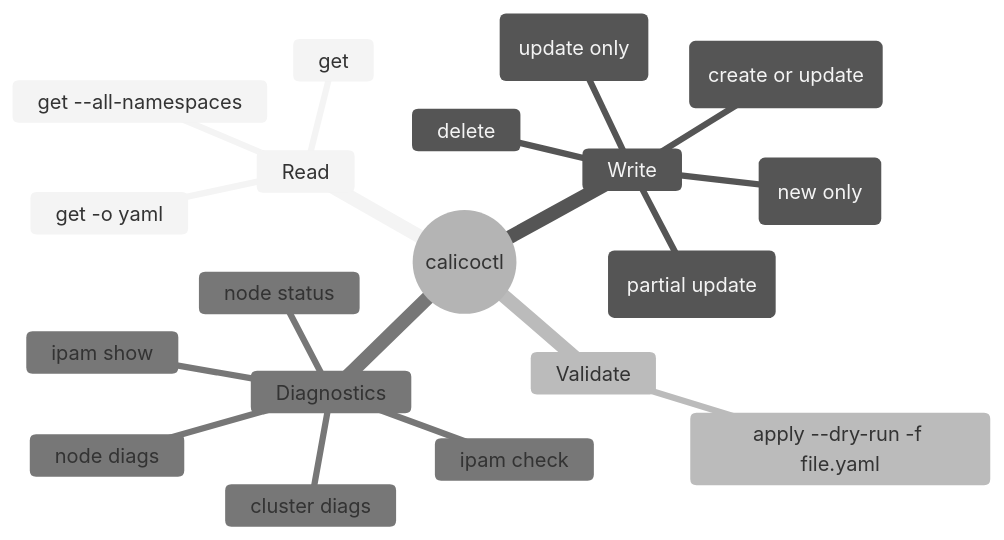
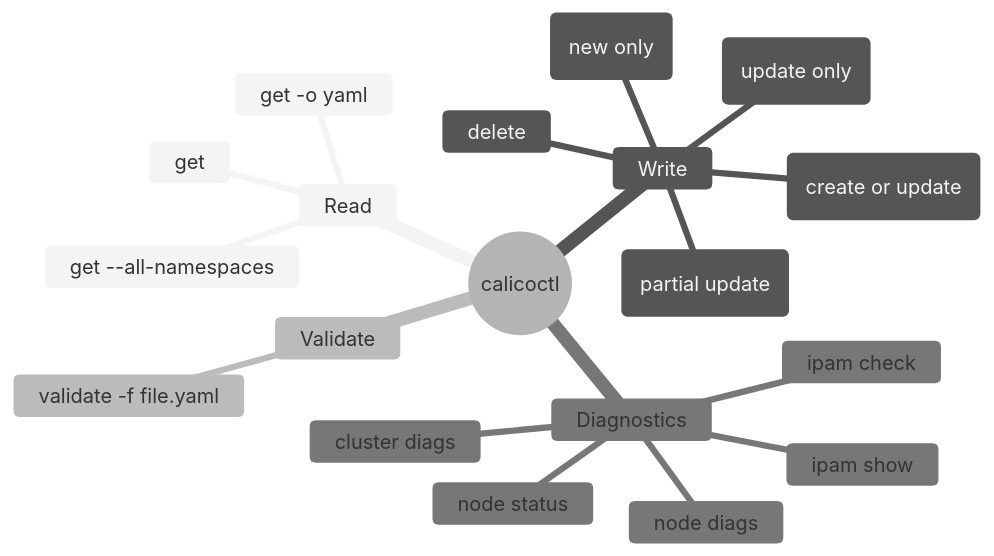
The diagram in posts/2026-03-13-rollback-calicoctl-create/README.md (OneUptime/blog), drawn with Mermaid (neutral theme) before and after one commit. The commit also changed other lines of this file and 2 other files, not shown here.

Commit message:
validate: 2026-03-13-rollback-calicoctl-create

````diff
--- a/posts/2026-03-13-rollback-calicoctl-create/README.md
+++ b/posts/2026-03-13-rollback-calicoctl-create/README.md
@@ -63,22 +63,22 @@
 ```mermaid
 mindmap
   root((calicoctl))
     Read
       get
       get -o yaml
       get --all-namespaces
     Write
       apply (create or update)
       create (new only)
       replace (update only)
       patch (partial update)
       delete
     Validate
-      apply --dry-run -f file.yaml
+      validate -f file.yaml
     Diagnostics
       node status
       node diags
       ipam show
       ipam check
       cluster diags
 ```
````
